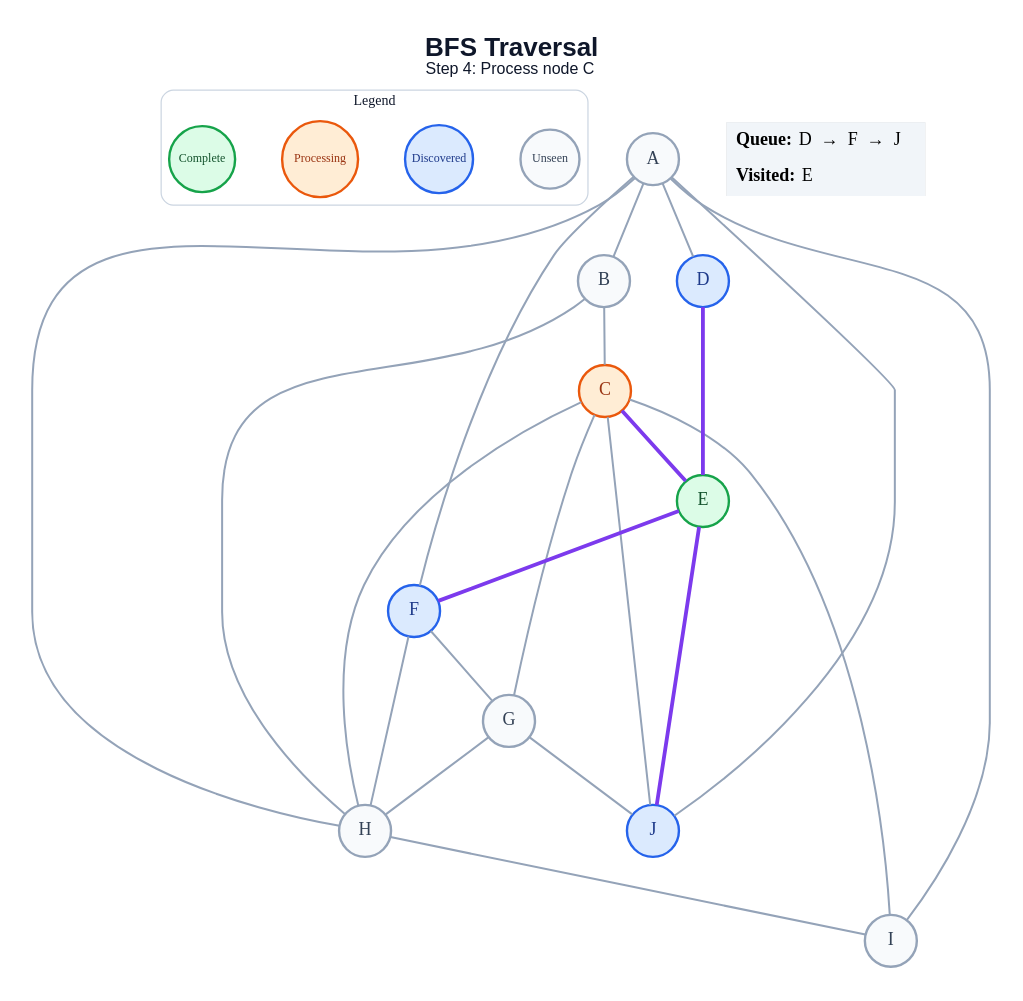
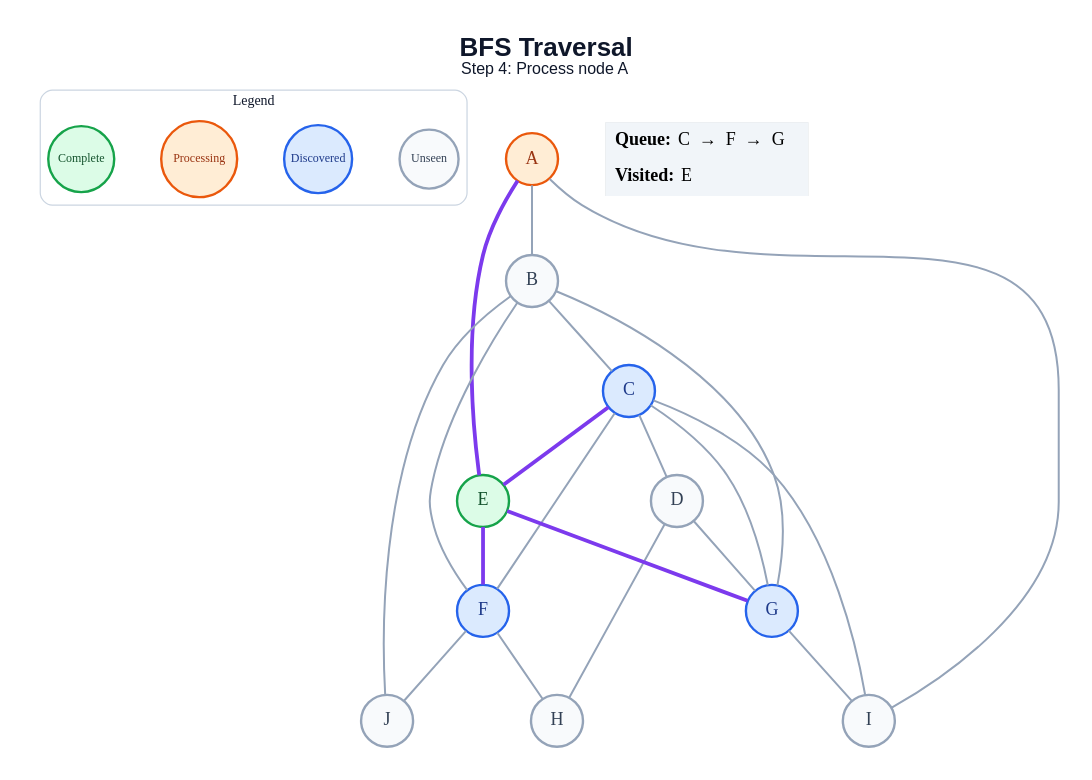
One commit to amanghodawala9/ai-slop changed the diagram in generated/specific-node/bfs/step_04.dot. Above: the diagram before and after it, drawn with Graphviz. The commit also changed 178 other files, not shown here.

```diff
--- a/generated/specific-node/bfs/step_04.dot
+++ b/generated/specific-node/bfs/step_04.dot
@@ -1,50 +1,48 @@
 graph traversal {
   graph [layout=dot, rankdir=TB, bgcolor="#FFFFFF", pad="0.35", nodesep="0.65", ranksep="0.8", fontname="Arial"];
   node [shape=circle, style="filled", fontname="Arial Bold", fontsize=18, width=0.72, fixedsize=true, penwidth=2.4];
   edge [color="#94A3B8", penwidth=2.0];
-  label=<<B>BFS Traversal</B><BR/><FONT POINT-SIZE="16">Step 4: Process node C</FONT>>; labelloc="t"; fontsize=26; fontname="Arial"; fontcolor="#0F172A";
+  label=<<B>BFS Traversal</B><BR/><FONT POINT-SIZE="16">Step 4: Process node A</FONT>>; labelloc="t"; fontsize=26; fontname="Arial"; fontcolor="#0F172A";
   subgraph cluster_legend { label="Legend"; color="#CBD5E1"; penwidth=1.2; style="rounded"; fontsize=14; fontname="Arial Bold";
     key_unseen [label="Unseen", fillcolor="#F8FAFC", color="#94A3B8", fontcolor="#334155", fontsize=12, width=0.82];
     key_frontier [label="Discovered", fillcolor="#DBEAFE", color="#2563EB", fontcolor="#1E3A8A", fontsize=12, width=0.95];
     key_current [label="Processing", fillcolor="#FFEDD5", color="#EA580C", fontcolor="#9A3412", fontsize=12, width=1.05];
     key_done [label="Complete", fillcolor="#DCFCE7", color="#16A34A", fontcolor="#14532D", fontsize=12, width=0.92];
     { rank=same; key_unseen; key_frontier; key_current; key_done; }
   }
-  A [fillcolor="#F8FAFC", color="#94A3B8", fontcolor="#334155"];
+  A [fillcolor="#FFEDD5", color="#EA580C", fontcolor="#9A3412"];
   B [fillcolor="#F8FAFC", color="#94A3B8", fontcolor="#334155"];
-  C [fillcolor="#FFEDD5", color="#EA580C", fontcolor="#9A3412"];
-  D [fillcolor="#DBEAFE", color="#2563EB", fontcolor="#1E3A8A"];
+  C [fillcolor="#DBEAFE", color="#2563EB", fontcolor="#1E3A8A"];
+  D [fillcolor="#F8FAFC", color="#94A3B8", fontcolor="#334155"];
   E [fillcolor="#DCFCE7", color="#16A34A", fontcolor="#14532D"];
   F [fillcolor="#DBEAFE", color="#2563EB", fontcolor="#1E3A8A"];
-  G [fillcolor="#F8FAFC", color="#94A3B8", fontcolor="#334155"];
+  G [fillcolor="#DBEAFE", color="#2563EB", fontcolor="#1E3A8A"];
   H [fillcolor="#F8FAFC", color="#94A3B8", fontcolor="#334155"];
   I [fillcolor="#F8FAFC", color="#94A3B8", fontcolor="#334155"];
-  J [fillcolor="#DBEAFE", color="#2563EB", fontcolor="#1E3A8A"];
+  J [fillcolor="#F8FAFC", color="#94A3B8", fontcolor="#334155"];
   A -- B;
-  A -- D;
-  A -- F;
-  A -- H;
+  A -- E [color="#7C3AED", penwidth=3.8];
   A -- I;
-  A -- J;
   B -- C;
-  B -- H;
+  B -- F;
+  B -- G;
+  B -- J;
+  C -- D;
   C -- E [color="#7C3AED", penwidth=3.8];
+  C -- F;
   C -- G;
-  C -- H;
   C -- I;
-  C -- J;
-  D -- E [color="#7C3AED", penwidth=3.8];
+  D -- G;
+  D -- H;
   E -- F [color="#7C3AED", penwidth=3.8];
-  E -- J [color="#7C3AED", penwidth=3.8];
-  F -- G;
+  E -- G [color="#7C3AED", penwidth=3.8];
   F -- H;
-  G -- H;
-  G -- J;
-  H -- I;
+  F -- J;
+  G -- I;
   status [shape=plain, fixedsize=false, width=0, height=0, margin=0, label=<
     <TABLE BORDER="0" CELLBORDER="0" CELLPADDING="7" BGCOLOR="#F1F5F9">
-      <TR><TD ALIGN="LEFT"><B>Queue:</B> D  →  F  →  J</TD></TR>
+      <TR><TD ALIGN="LEFT"><B>Queue:</B> C  →  F  →  G</TD></TR>
       <TR><TD ALIGN="LEFT"><B>Visited:</B> E</TD></TR>
     </TABLE>
   >];
 }
```
